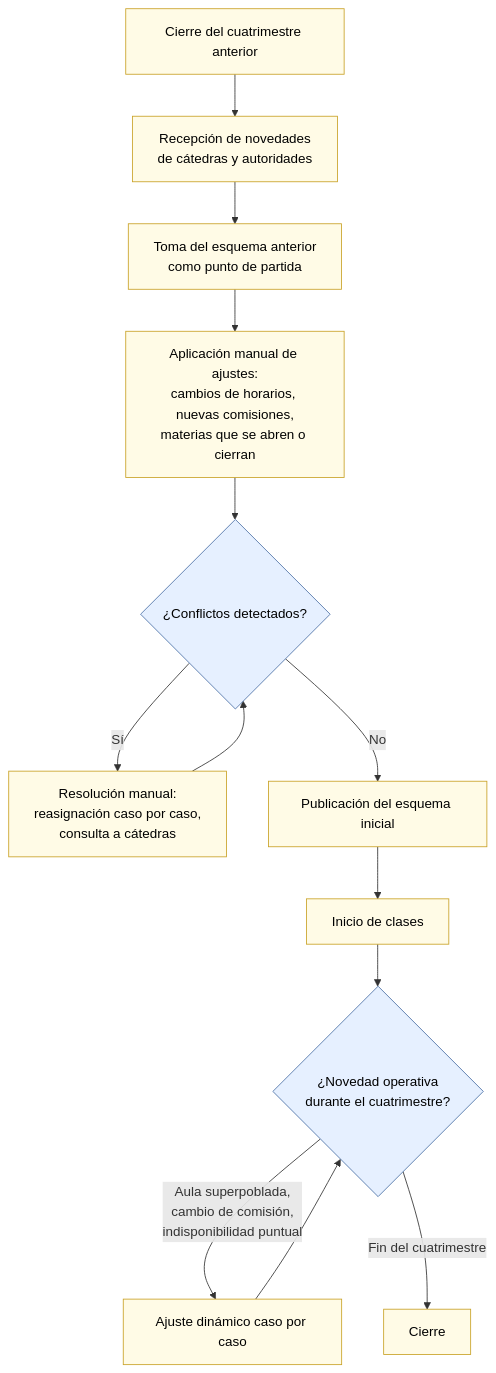
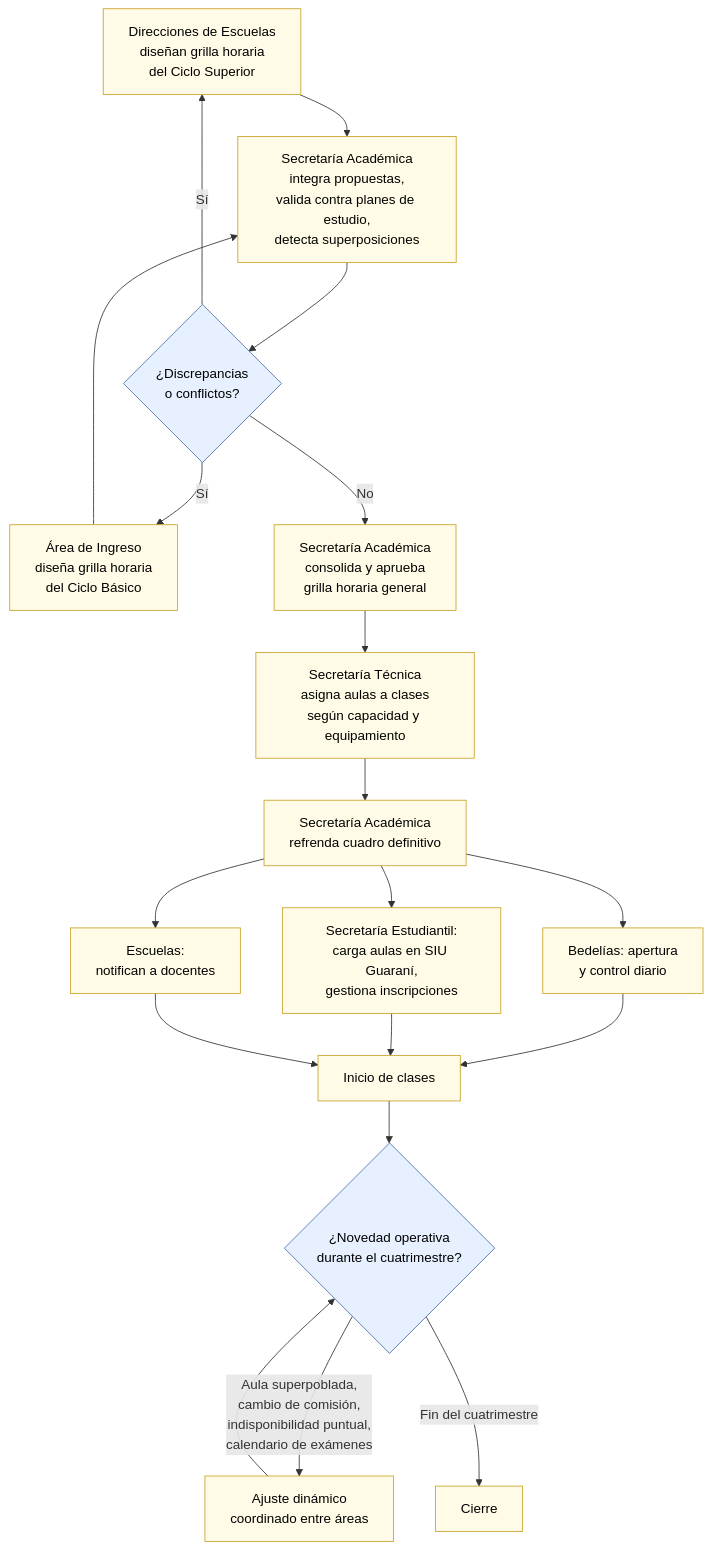
The diagram in project/Informe/cap03_organizacion_y_operatoria.md (l-antonelli/gestor-aulas), drawn with Mermaid before and after one commit. The commit also changed other lines of this file and 7 other files, not shown here.

````diff
--- a/project/Informe/cap03_organizacion_y_operatoria.md
+++ b/project/Informe/cap03_organizacion_y_operatoria.md
@@ -189,20 +267,26 @@
 ```mermaid
 flowchart TB
-    A[Cierre del cuatrimestre anterior] --> B[Recepción de novedades<br/>de cátedras y autoridades]
-    B --> C[Toma del esquema anterior<br/>como punto de partida]
-    C --> D[Aplicación manual de ajustes:<br/>cambios de horarios, nuevas comisiones,<br/>materias que se abren o cierran]
-    D --> E{¿Conflictos detectados?}
-    E -->|Sí| F[Resolución manual:<br/>reasignación caso por caso,<br/>consulta a cátedras]
-    F --> E
-    E -->|No| G[Publicación del esquema inicial]
-    G --> H[Inicio de clases]
+    A0[Direcciones de Escuelas<br/>diseñan grilla horaria<br/>del Ciclo Superior] --> B
+    A1[Área de Ingreso<br/>diseña grilla horaria<br/>del Ciclo Básico] --> B
+    B[Secretaría Académica<br/>integra propuestas,<br/>valida contra planes de estudio,<br/>detecta superposiciones] --> C{¿Discrepancias<br/>o conflictos?}
+    C -->|Sí| A0
+    C -->|Sí| A1
+    C -->|No| D[Secretaría Académica<br/>consolida y aprueba<br/>grilla horaria general]
+    D --> E[Secretaría Técnica<br/>asigna aulas a clases<br/>según capacidad y equipamiento]
+    E --> F[Secretaría Académica<br/>refrenda cuadro definitivo]
+    F --> G1[Bedelías: apertura<br/>y control diario]
+    F --> G2[Secretaría Estudiantil:<br/>carga aulas en SIU Guaraní,<br/>gestiona inscripciones]
+    F --> G3[Escuelas:<br/>notifican a docentes]
+    G1 --> H[Inicio de clases]
+    G2 --> H
+    G3 --> H
     H --> I{¿Novedad operativa<br/>durante el cuatrimestre?}
-    I -->|Aula superpoblada,<br/>cambio de comisión,<br/>indisponibilidad puntual| J[Ajuste dinámico caso por caso]
+    I -->|Aula superpoblada,<br/>cambio de comisión,<br/>indisponibilidad puntual,<br/>calendario de exámenes| J[Ajuste dinámico<br/>coordinado entre áreas]
     J --> I
     I -->|Fin del cuatrimestre| K[Cierre]
 
     classDef proc fill:#fffbe6,stroke:#c9a227,color:#000
     classDef dec fill:#e6f0ff,stroke:#4a6fa5,color:#000
-    class A,B,C,D,F,G,H,J,K proc
-    class E,I dec
+    class A0,A1,B,D,E,F,G1,G2,G3,H,J,K proc
+    class C,I dec
 ```
````
